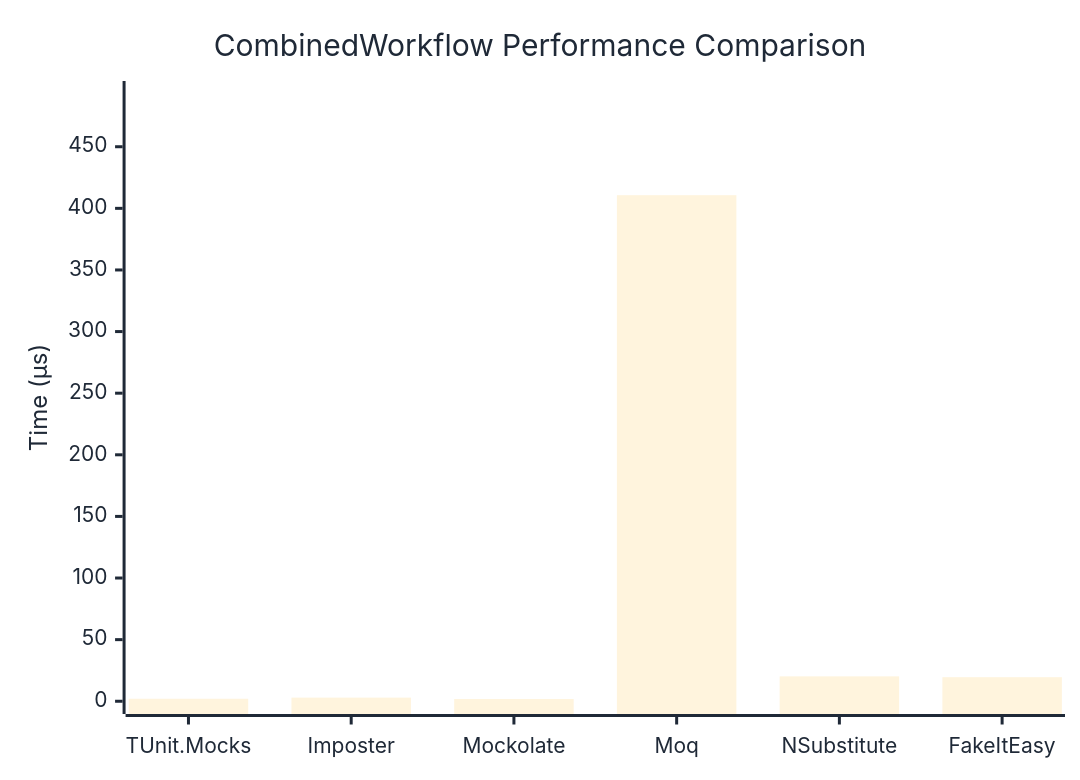
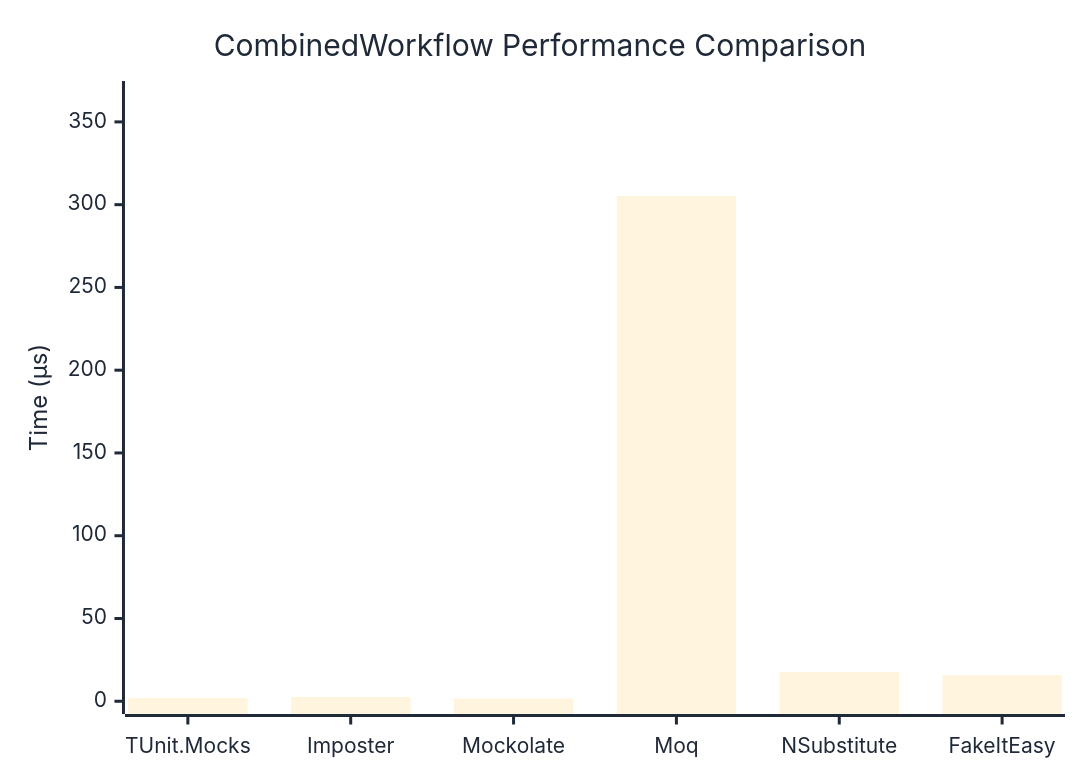
The diagram in docs/docs/benchmarks/mocks/CombinedWorkflow.md (thomhurst/TUnit), drawn with Mermaid before and after one commit. The commit also changed other lines of this file and 14 other files, not shown here.

````diff
--- a/docs/docs/benchmarks/mocks/CombinedWorkflow.md
+++ b/docs/docs/benchmarks/mocks/CombinedWorkflow.md
@@ -30,27 +30,27 @@
 ```mermaid
 %%{init: {
   'theme':'base',
   'themeVariables': {
     'primaryColor': '#2563eb',
     'primaryTextColor': '#1f2937',
     'primaryBorderColor': '#1e40af',
     'lineColor': '#6b7280',
     'secondaryColor': '#7c3aed',
     'tertiaryColor': '#dc2626',
     'background': '#ffffff',
     'pie1': '#2563eb',
     'pie2': '#7c3aed',
     'pie3': '#dc2626',
     'pie4': '#f59e0b',
     'pie5': '#10b981',
     'pie6': '#06b6d4',
     'pie7': '#ec4899',
     'pie8': '#6366f1'
   }
 }}%%
 xychart-beta
   title "CombinedWorkflow Performance Comparison"
   x-axis ["TUnit.Mocks", "Imposter", "Mockolate", "Moq", "NSubstitute", "FakeItEasy"]
-  y-axis "Time (μs)" 0 --> 493
-  bar [2.029, 2.959, 1.833, 410.69, 20.2, 19.517]
+  y-axis "Time (μs)" 0 --> 367
+  bar [2.011, 2.608, 1.66, 305.261, 17.793, 15.855]
 ```
````
